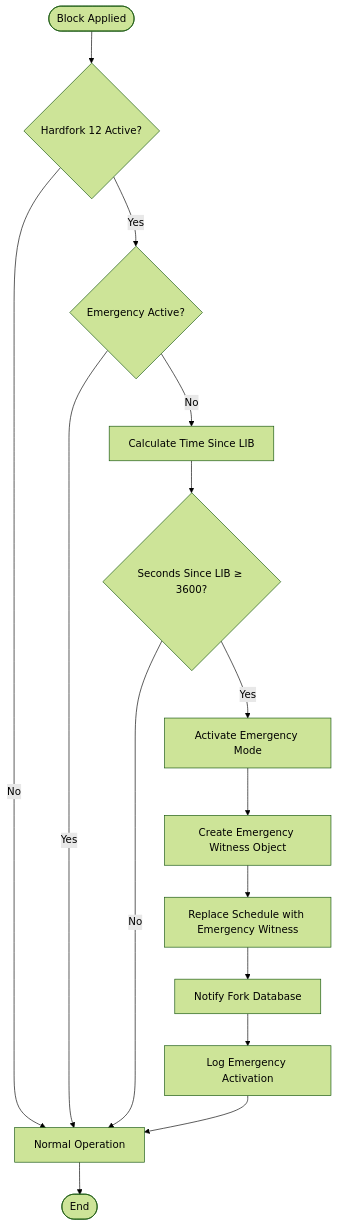
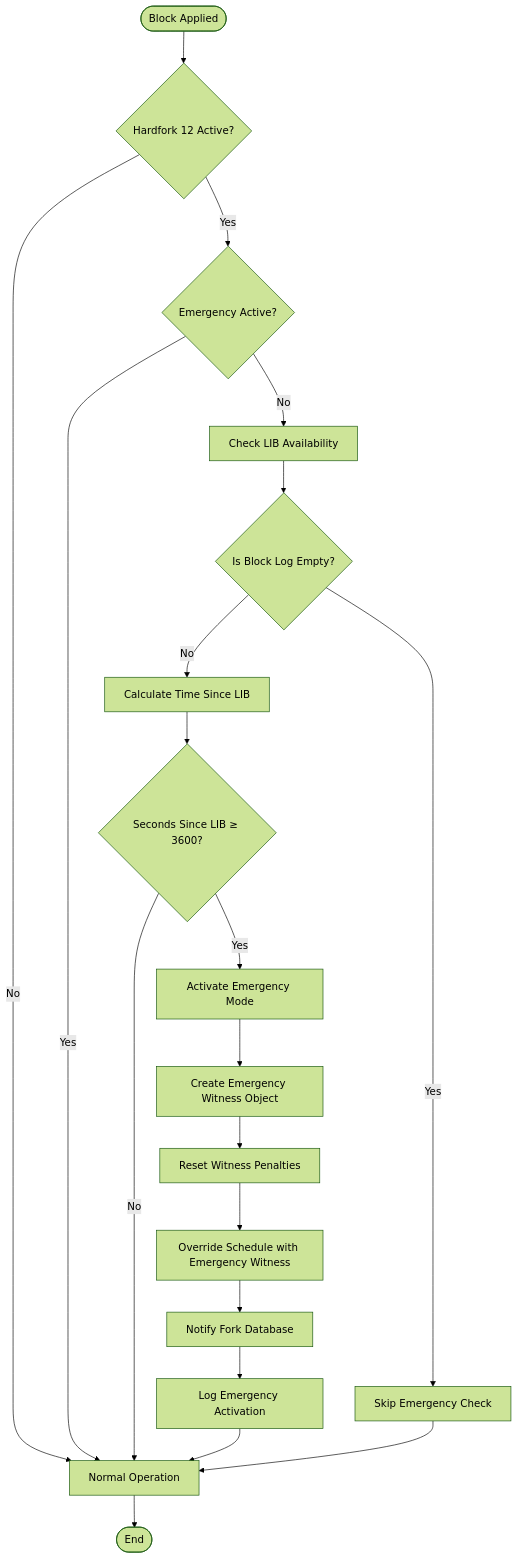
One commit to VIZ-Blockchain/viz-cpp-node changed the third of 8 diagrams in .qoder/repowiki/en/content/Core Libraries/Emergency Consensus System.md. Above: the diagram before and after it, drawn with Mermaid (forest theme). The commit also changed other lines of this file and 5 other files, not shown here.

First line of the commit message:
feat(dlt-block-log): add comprehensive blockchain recovery system

````diff
--- a/.qoder/repowiki/en/content/Core Libraries/Emergency Consensus System.md
+++ b/.qoder/repowiki/en/content/Core Libraries/Emergency Consensus System.md
@@ -149,17 +169,22 @@
 ```mermaid
 flowchart TD
 Start([Block Applied]) --> CheckHF{"Hardfork 12 Active?"}
 CheckHF --> |No| Normal[Normal Operation]
 CheckHF --> |Yes| CheckActive{"Emergency Active?"}
 CheckActive --> |Yes| Normal
-CheckActive --> |No| CalcTime["Calculate Time Since LIB"]
+CheckActive --> |No| CheckLIB["Check LIB Availability"]
+CheckLIB --> CheckEmpty{"Is Block Log Empty?"}
+CheckEmpty --> |Yes| SkipCheck["Skip Emergency Check"]
+CheckEmpty --> |No| CalcTime["Calculate Time Since LIB"]
 CalcTime --> CheckTimeout{"Seconds Since LIB ≥ 3600?"}
 CheckTimeout --> |No| Normal
 CheckTimeout --> |Yes| Activate["Activate Emergency Mode"]
 Activate --> CreateWitness["Create Emergency Witness Object"]
-CreateWitness --> ReplaceSchedule["Replace Schedule with Emergency Witness"]
-ReplaceSchedule --> NotifyFork["Notify Fork Database"]
+CreateWitness --> ResetPenalties["Reset Witness Penalties"]
+ResetPenalties --> OverrideSchedule["Override Schedule with Emergency Witness"]
+OverrideSchedule --> NotifyFork["Notify Fork Database"]
 NotifyFork --> LogEvent["Log Emergency Activation"]
 LogEvent --> Normal
+SkipCheck --> Normal
 Normal --> End([End])
 ```
````
